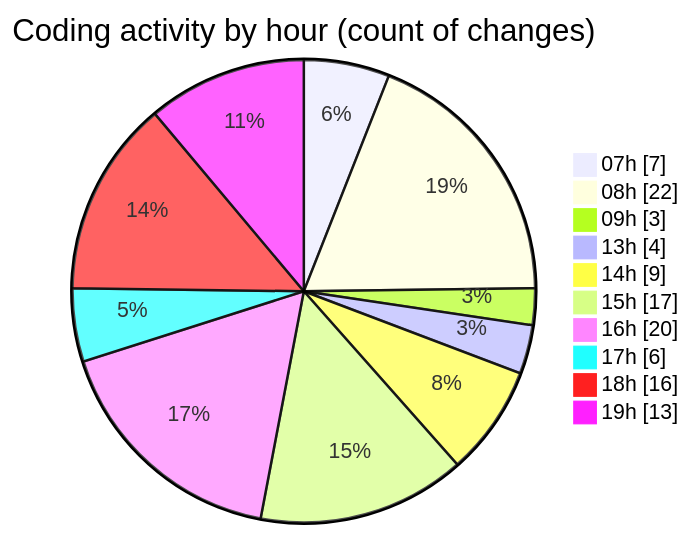
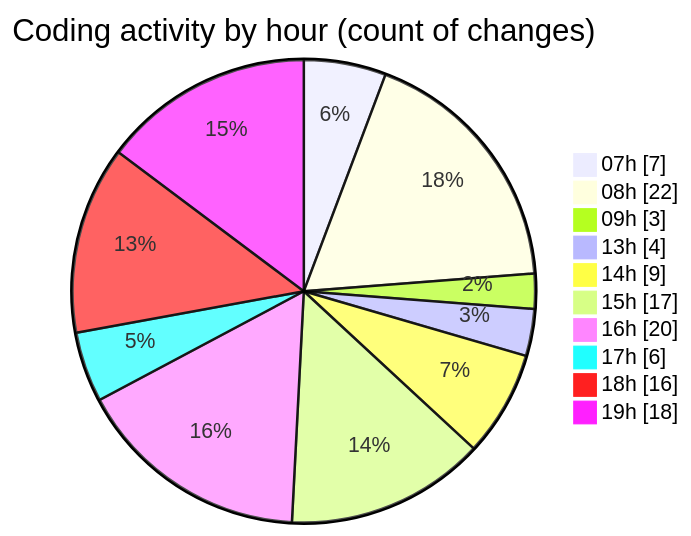
Before and after one commit to Elitesun/code-tracking: the second of 2 diagrams in 2025-05-04/niten/README.md, drawn with Mermaid. The commit also changed other lines of this file and 1 other file, not shown here.

````diff
--- a/2025-05-04/niten/README.md
+++ b/2025-05-04/niten/README.md
@@ -62,14 +62,14 @@
 ```mermaid
 pie showData
 title Coding activity by hour (count of changes)
 "07h" : 7
 "08h" : 22
 "09h" : 3
 "13h" : 4
 "14h" : 9
 "15h" : 17
 "16h" : 20
 "17h" : 6
 "18h" : 16
-"19h" : 13
+"19h" : 18
 ```
````
